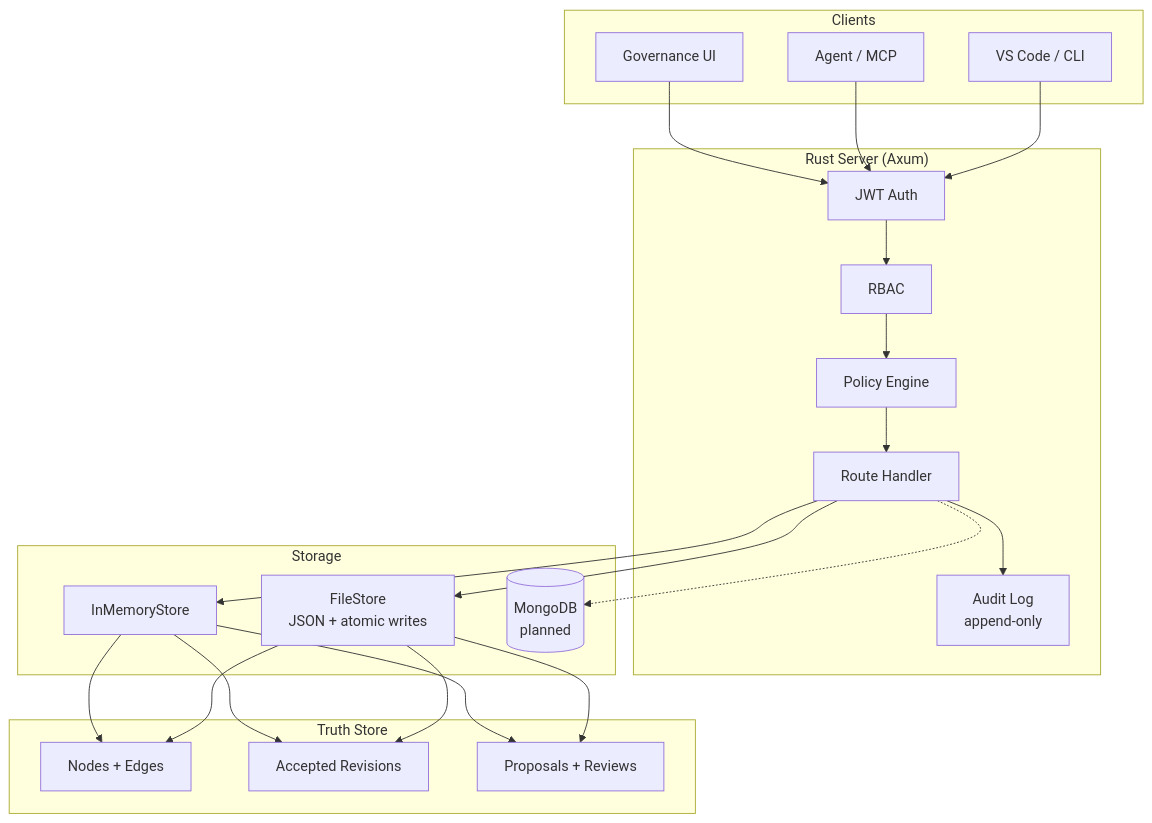
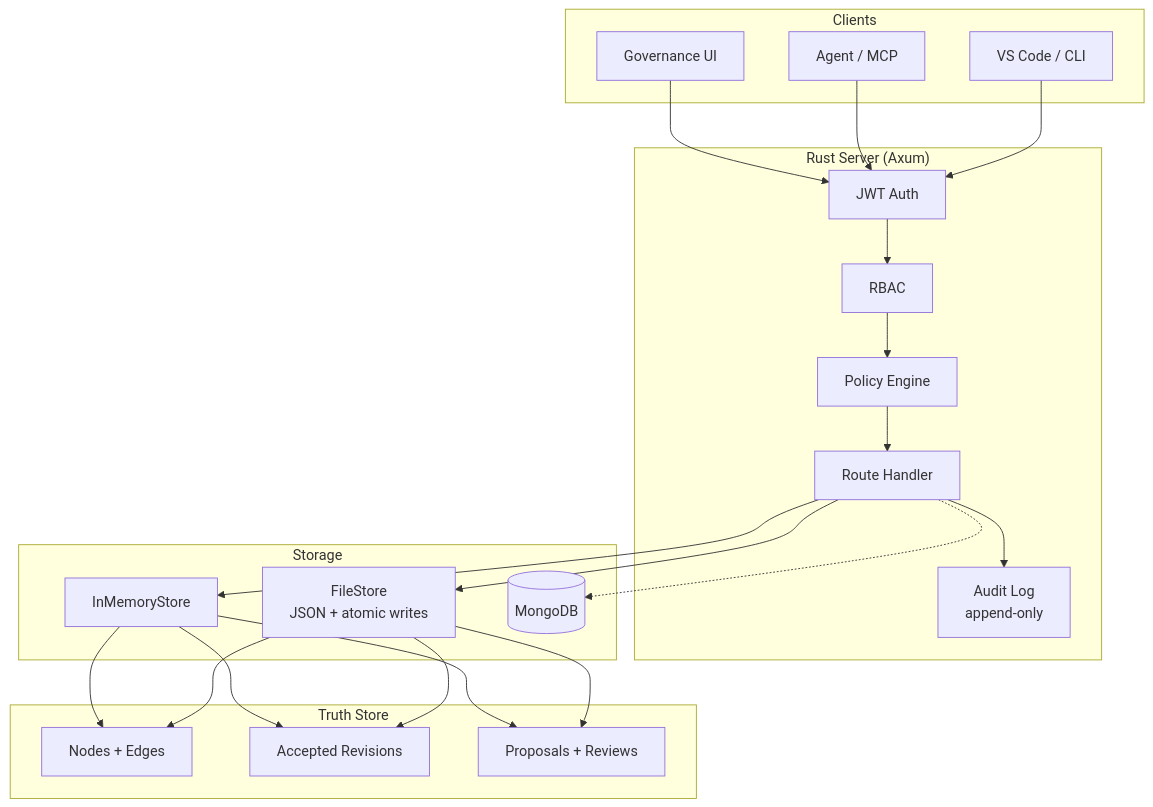
The diagram in docs/INVESTOR_BRIEF.md (whact2025/context-first-docs), drawn with Mermaid before and after one commit. The commit also changed other lines of this file and 13 other files, not shown here.

````diff
--- a/docs/INVESTOR_BRIEF.md
+++ b/docs/INVESTOR_BRIEF.md
@@ -43,42 +43,42 @@
 ```mermaid
 graph TB
     subgraph Clients
         UI[Governance UI]
         Agent[Agent / MCP]
         IDE[VS Code / CLI]
     end
 
     subgraph Server["Rust Server (Axum)"]
         Auth[JWT Auth] --> RBAC[RBAC]
         RBAC --> Policy[Policy Engine]
         Policy --> Handler[Route Handler]
         Handler --> Audit[Audit Log<br/>append-only]
     end
 
     subgraph Storage
         Mem[InMemoryStore]
         File[FileStore<br/>JSON + atomic writes]
-        Mongo[(MongoDB<br/>planned)]
+        Mongo[(MongoDB)]
     end
 
     subgraph Truth["Truth Store"]
         Nodes[Nodes + Edges]
         Rev[Accepted Revisions]
         Prop[Proposals + Reviews]
     end
 
     UI --> Auth
     Agent --> Auth
     IDE --> Auth
 
     Handler --> Mem
     Handler --> File
     Handler -.-> Mongo
 
     Mem --> Nodes
     Mem --> Rev
     Mem --> Prop
     File --> Nodes
     File --> Rev
     File --> Prop
 ```
````
